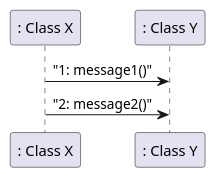
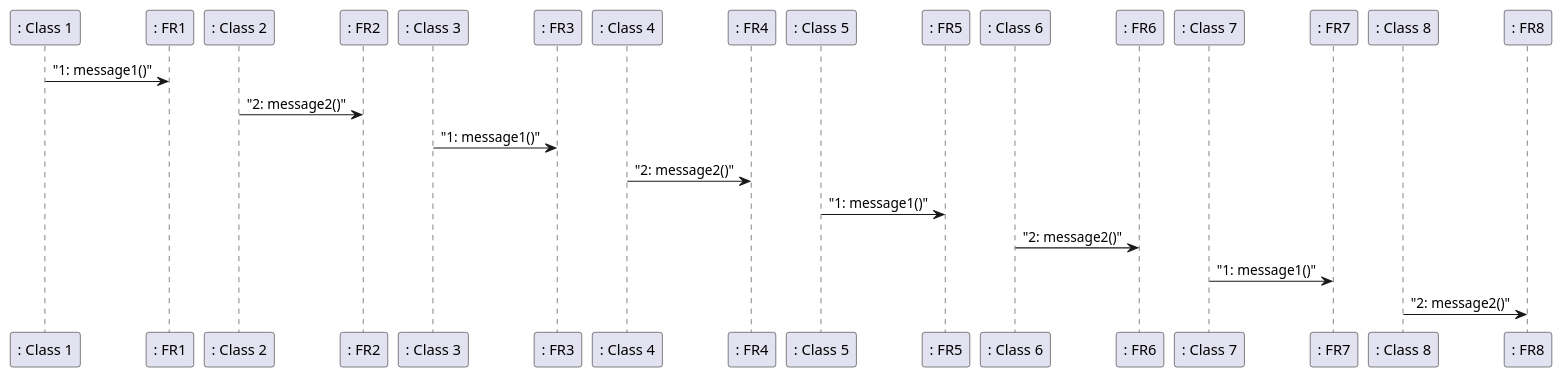
The diagram in templates/DesignDocumentTemplate.md (salvatore-dimartino/LaTazza), drawn with PlantUML before and after one commit.

````diff
--- a/templates/DesignDocumentTemplate.md
+++ b/templates/DesignDocumentTemplate.md
@@ -54,4 +54,11 @@
 ```plantuml
-": Class X" -> ": Class Y": "1: message1()"
-": Class X" -> ": Class Y": "2: message2()"
+": Class 1" -> ": FR1": "1: message1()"
+": Class 2" -> ": FR2": "2: message2()"
+": Class 3" -> ": FR3": "1: message1()"
+": Class 4" -> ": FR4": "2: message2()"
+": Class 5" -> ": FR5": "1: message1()"
+": Class 6" -> ": FR6": "2: message2()"
+": Class 7" -> ": FR7": "1: message1()"
+": Class 8" -> ": FR8": "2: message2()"
+
 ```
````
